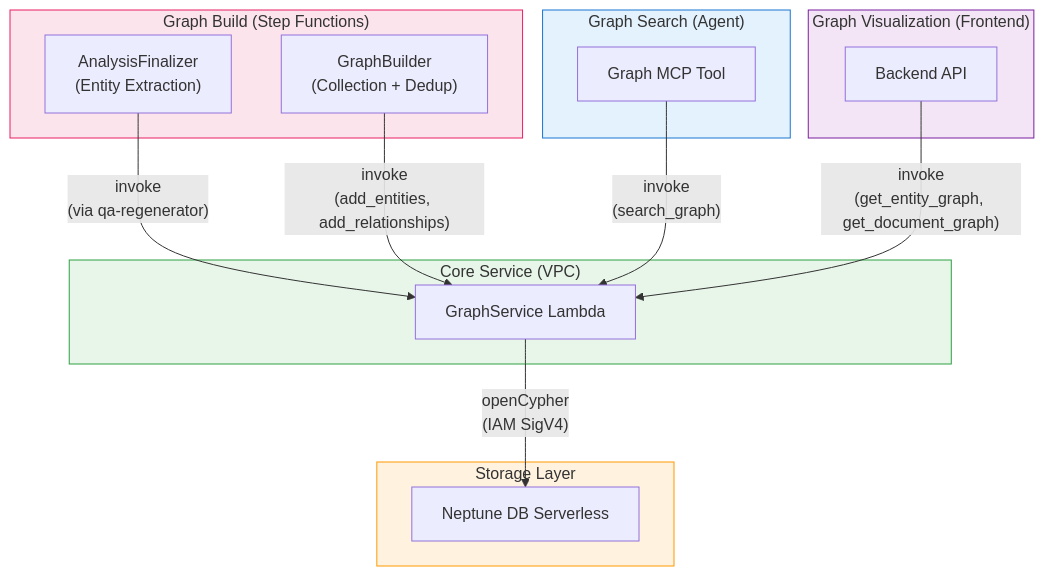
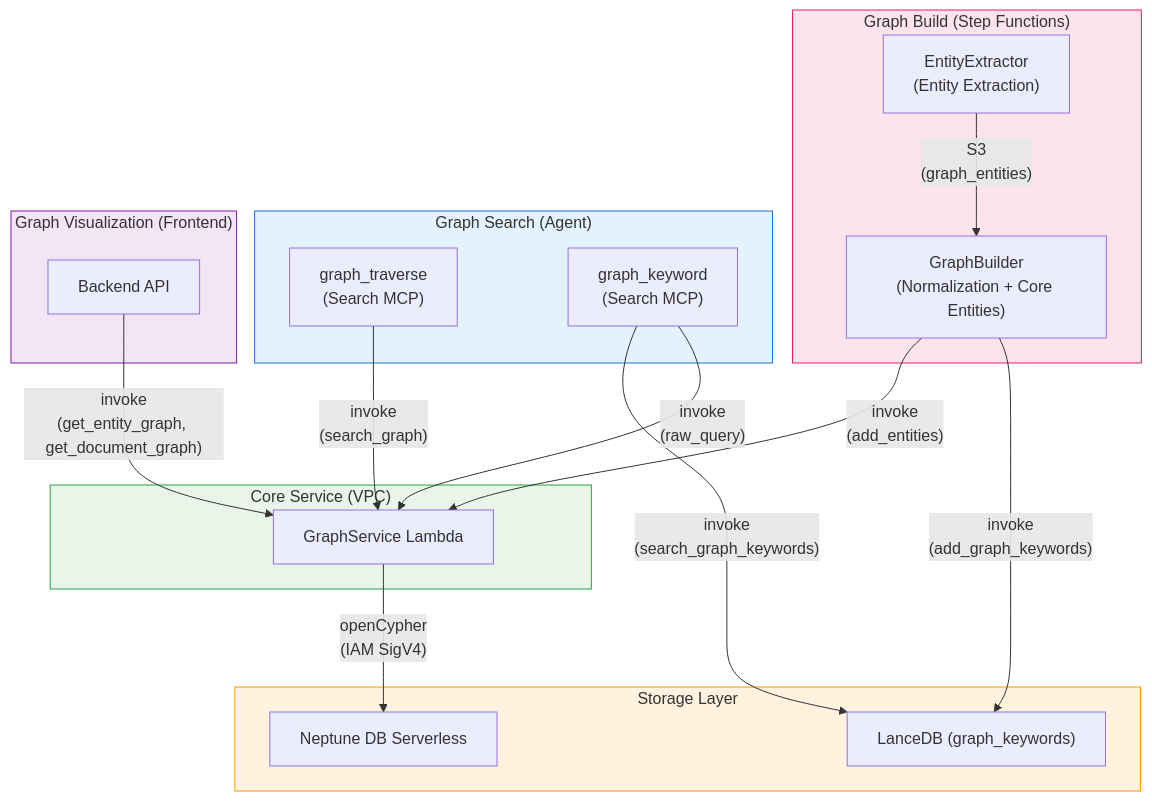
The diagram in docs/src/content/docs/en/graphdb.md (rajaelime/sample-aws-idp-pipeline), drawn with Mermaid before and after one commit. The commit also changed other lines of this file and 22 other files, not shown here.

Commit message:
Update docs for graph refactoring

````diff
--- a/docs/src/content/docs/en/graphdb.md
+++ b/docs/src/content/docs/en/graphdb.md
@@ -310,36 +372,41 @@
 ```mermaid
 graph TB
     subgraph Build["Graph Build (Step Functions)"]
-        AF["AnalysisFinalizer<br/>(Entity Extraction)"]
-        GB["GraphBuilder<br/>(Collection + Dedup)"]
+        EE["EntityExtractor<br/>(Entity Extraction)"]
+        GB["GraphBuilder<br/>(Normalization + Core Entities)"]
     end
 
     subgraph Search["Graph Search (Agent)"]
-        GMCP["Graph MCP Tool"]
+        GT["graph_traverse<br/>(Search MCP)"]
+        GK["graph_keyword<br/>(Search MCP)"]
     end
 
     subgraph Viz["Graph Visualization (Frontend)"]
         BE["Backend API"]
     end
 
     subgraph Core["Core Service (VPC)"]
         GS["GraphService Lambda"]
     end
 
     subgraph Storage["Storage Layer"]
         Neptune["Neptune DB Serverless"]
+        LanceDB["LanceDB (graph_keywords)"]
     end
 
-    AF -->|"invoke<br/>(via qa-regenerator)"| GS
-    GB -->|"invoke<br/>(add_entities, add_relationships)"| GS
-    GMCP -->|"invoke<br/>(search_graph)"| GS
+    EE -->|"S3<br/>(graph_entities)"| GB
+    GB -->|"invoke<br/>(add_entities)"| GS
+    GB -->|"invoke<br/>(add_graph_keywords)"| LanceDB
+    GT -->|"invoke<br/>(search_graph)"| GS
+    GK -->|"invoke<br/>(search_graph_keywords)"| LanceDB
+    GK -->|"invoke<br/>(raw_query)"| GS
     BE -->|"invoke<br/>(get_entity_graph, get_document_graph)"| GS
 
     GS -->|"openCypher<br/>(IAM SigV4)"| Neptune
 
     style Storage fill:#fff3e0,stroke:#ff9900
     style Core fill:#e8f5e9,stroke:#2ea043
     style Build fill:#fce4ec,stroke:#e91e63
     style Search fill:#e3f2fd,stroke:#1976d2
     style Viz fill:#f3e5f5,stroke:#7b1fa2
 ```
````
